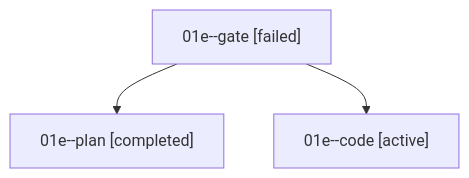
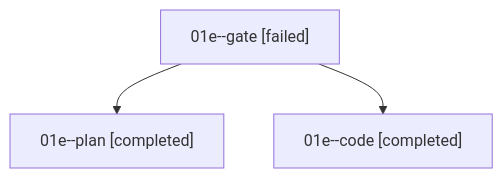
One commit to bobs-org/bob-cli--agents changed the diagram in families/bbugyi200.athena.01e.md. Above: the diagram before and after it, drawn with Mermaid. The commit also changed other lines of this file and 39 other files, not shown here.

````diff
--- a/families/bbugyi200.athena.01e.md
+++ b/families/bbugyi200.athena.01e.md
@@ -9,8 +9,8 @@
 ```mermaid
 flowchart TD
   n0["01e--gate [failed]"]
   n1["01e--plan [completed]"]
   n0 --> n1
-  n2["01e--code [active]"]
+  n2["01e--code [completed]"]
   n0 --> n2
 ```
````
